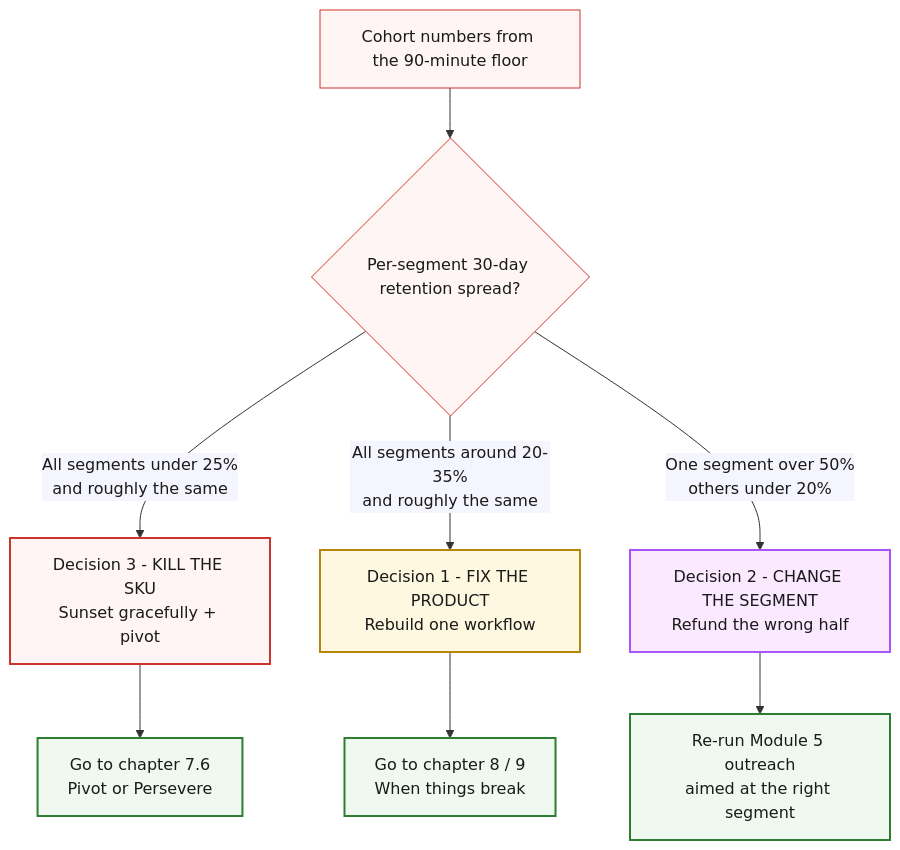
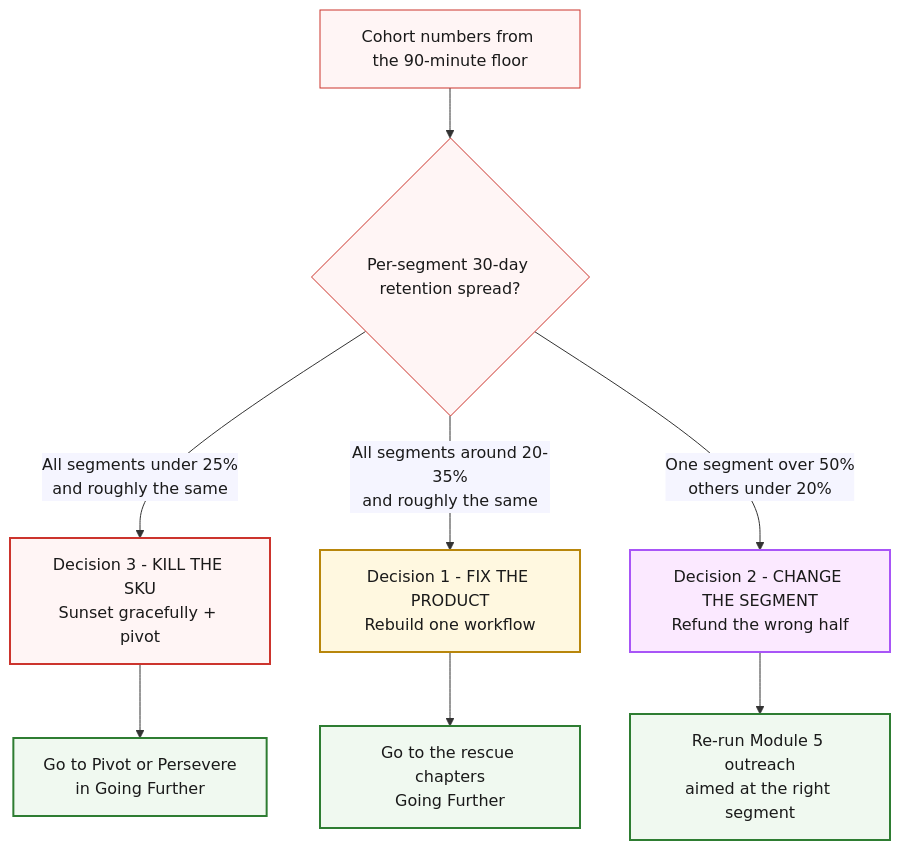
Before and after one commit to jetthoughts/jetthoughts.github.io: the diagram in content/course/tech-for-non-technical-founders-2026/customers-leaving-churn-triage-not-acquisition/index.md, drawn with Mermaid. The commit also changed other lines of this file and 4 other files, not shown here.

First line of the commit message:
fix(course): scroll-gate round on M4/M5 - mermaid walls compressed, old-spine ghosts removed

````diff
--- a/content/course/tech-for-non-technical-founders-2026/customers-leaving-churn-triage-not-acquisition/index.md
+++ b/content/course/tech-for-non-technical-founders-2026/customers-leaving-churn-triage-not-acquisition/index.md
@@ -104,20 +104,20 @@
 ```mermaid
 %%{init: {'theme':'base', 'themeVariables': {'fontFamily':'Caveat, Patrick Hand, cursive', 'primaryColor':'#fff5f5', 'primaryBorderColor':'#cc342d', 'lineColor':'#333', 'primaryTextColor':'#1a1a1a'}}}%%
 flowchart TD
     A[Cohort numbers from the 90-minute floor] --> B{Per-segment 30-day retention spread?}
     B -->|All segments under 25%<br/>and roughly the same| C[Decision 3 - KILL THE SKU<br/>Sunset gracefully + pivot]
     B -->|All segments around 20-35%<br/>and roughly the same| D[Decision 1 - FIX THE PRODUCT<br/>Rebuild one workflow]
     B -->|One segment over 50%<br/>others under 20%| E[Decision 2 - CHANGE THE SEGMENT<br/>Refund the wrong half]
-    C --> CK[Go to chapter 7.6<br/>Pivot or Persevere]
-    D --> DK[Go to chapter 8 / 9<br/>When things break]
+    C --> CK[Go to Pivot or Persevere<br/>in Going Further]
+    D --> DK[Go to the rescue chapters<br/>Going Further]
     E --> EK[Re-run Module 5 outreach<br/>aimed at the right segment]
 
     classDef redbox fill:#fff5f5,stroke:#cc342d,stroke-width:2px;
     classDef yellowbox fill:#fff8e0,stroke:#b8860b,stroke-width:2px;
     classDef purplebox fill:#fbe9ff,stroke:#a855f7,stroke-width:2px;
     classDef greenbox fill:#f0f9f0,stroke:#2e7d32,stroke-width:2px;
     class C redbox
     class D yellowbox
     class E purplebox
     class CK,DK,EK greenbox
 ```
````
